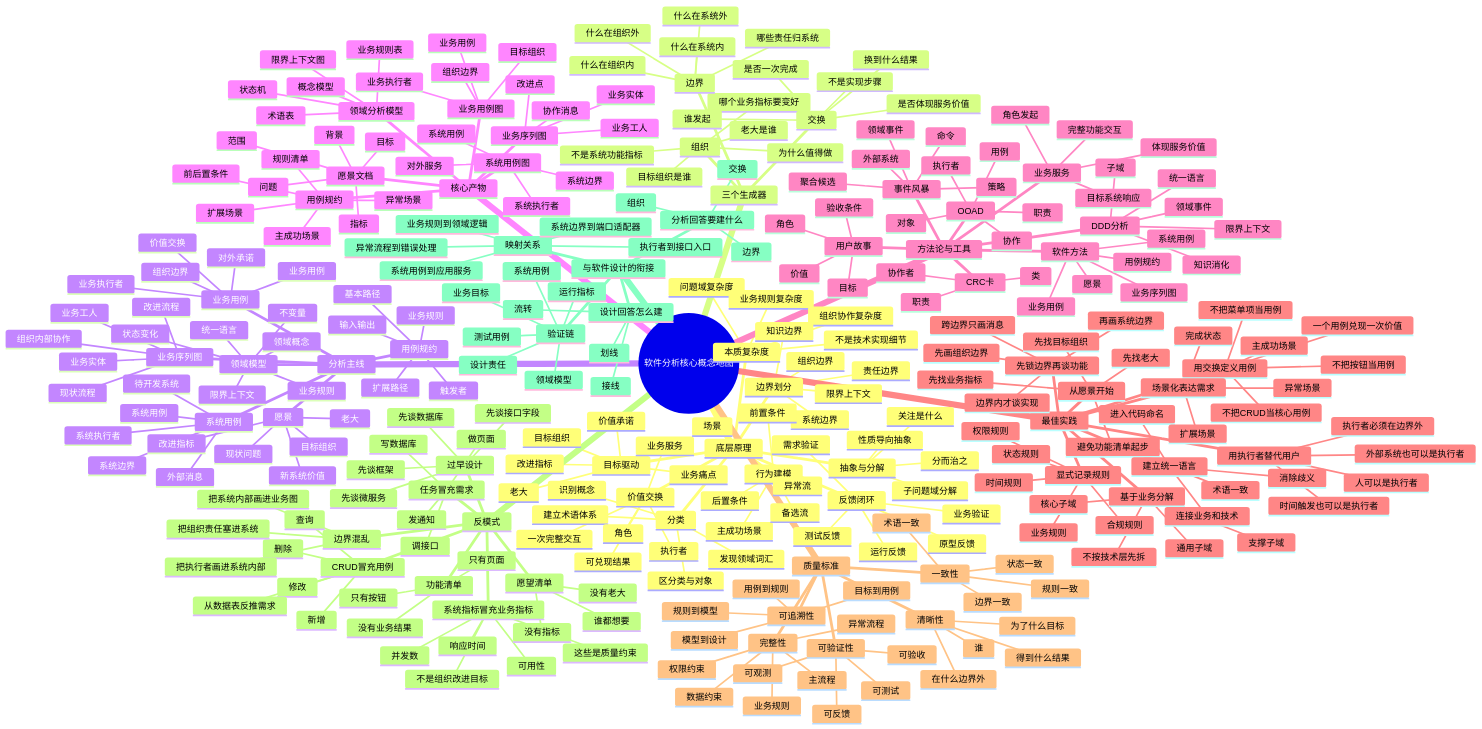
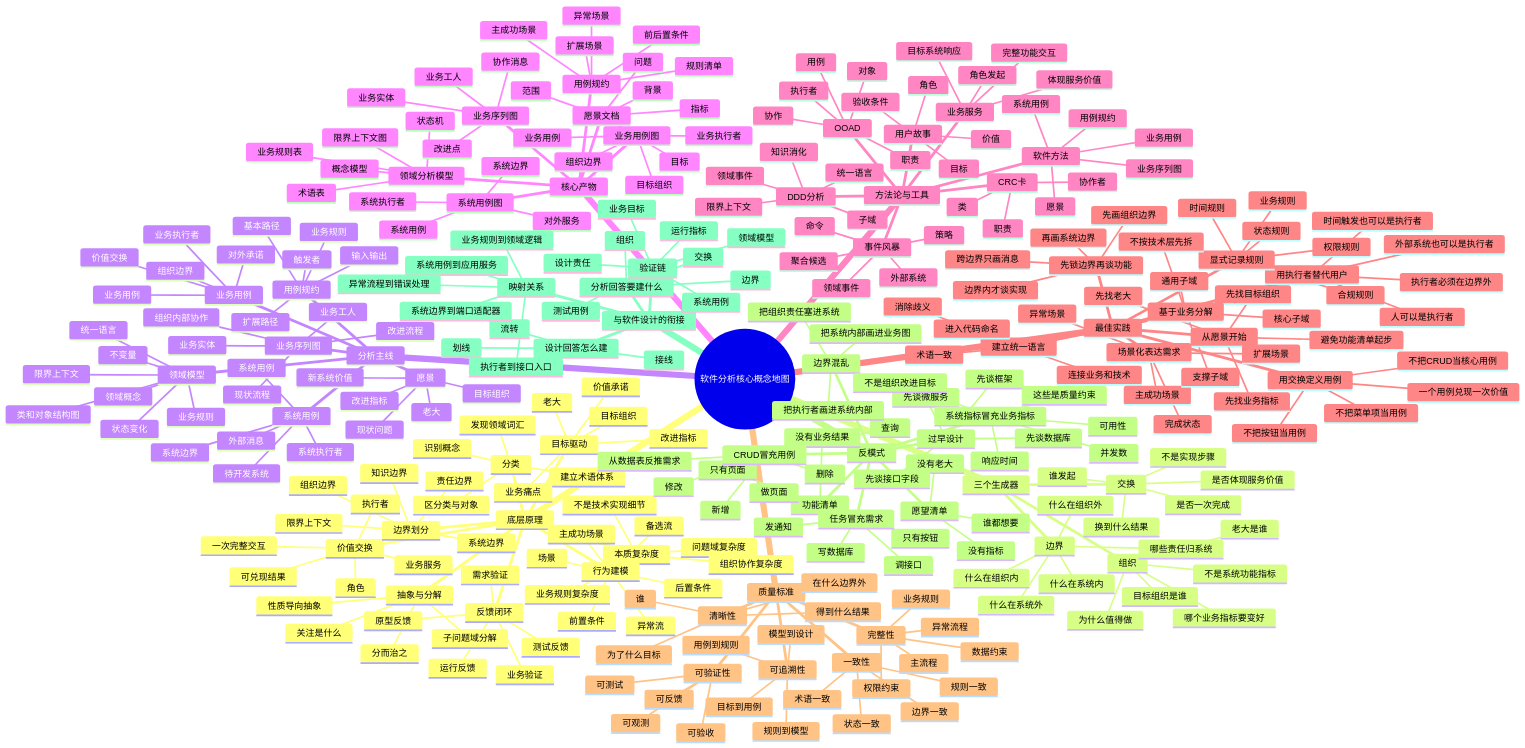
The diagram in wiki/maps/Software Analysis Map.md (zjykzk/blog), drawn with Mermaid before and after one commit. The commit also changed other lines of this file and 238 other files, not shown here.

```diff
--- a/wiki/maps/Software Analysis Map.md
+++ b/wiki/maps/Software Analysis Map.md
@@ -134,6 +134,7 @@
       领域模型
         统一语言
         领域概念
+        类和对象结构图
         业务规则
         状态变化
         不变量
```
